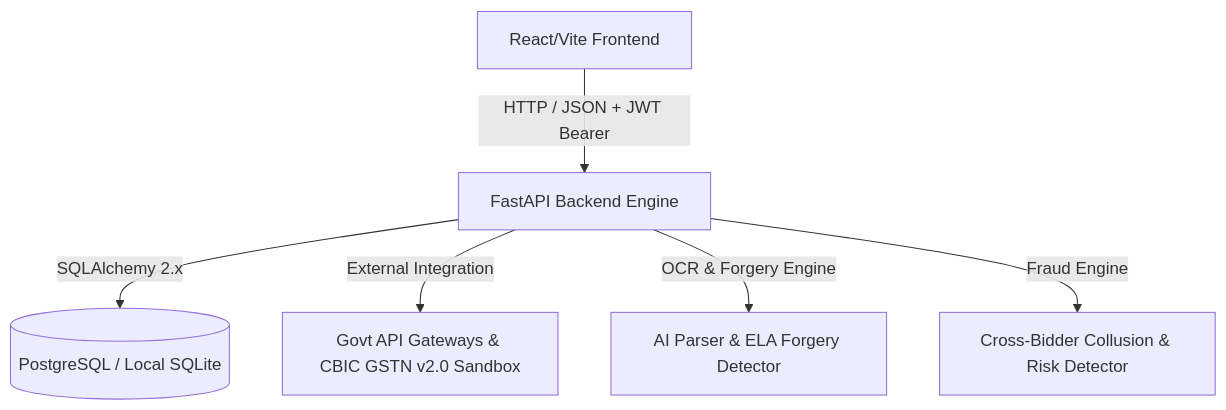
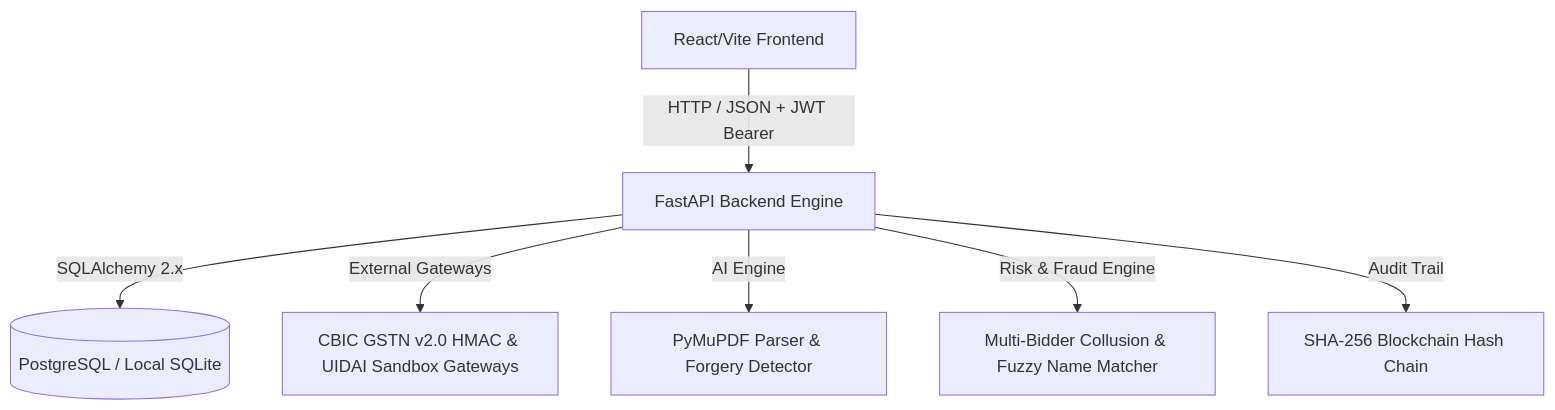
The diagram in brain.md (Yogeshsingh123-LAB/-AI-Powered-Integrated-Bid-Compliance-Verification-Platform-for-GeM-Procurement), drawn with Mermaid before and after one commit. The commit also changed other lines of this file and 6 other files, not shown here.

````diff
--- a/brain.md
+++ b/brain.md
@@ -14,8 +14,9 @@
 ```mermaid
 graph TD
     A[React/Vite Frontend] -- HTTP / JSON + JWT Bearer --> B[FastAPI Backend Engine]
     B -- SQLAlchemy 2.x --> C[(PostgreSQL / Local SQLite)]
-    B -- External Integration --> E[Govt API Gateways & CBIC GSTN v2.0 Sandbox]
-    B -- OCR & Forgery Engine --> F[AI Parser & ELA Forgery Detector]
-    B -- Fraud Engine --> G[Cross-Bidder Collusion & Risk Detector]
+    B -- External Gateways --> E[CBIC GSTN v2.0 HMAC & UIDAI Sandbox Gateways]
+    B -- AI Engine --> F[PyMuPDF Parser & Forgery Detector]
+    B -- Risk & Fraud Engine --> G[Multi-Bidder Collusion & Fuzzy Name Matcher]
+    B -- Audit Trail --> H[SHA-256 Blockchain Hash Chain]
 ```
````
